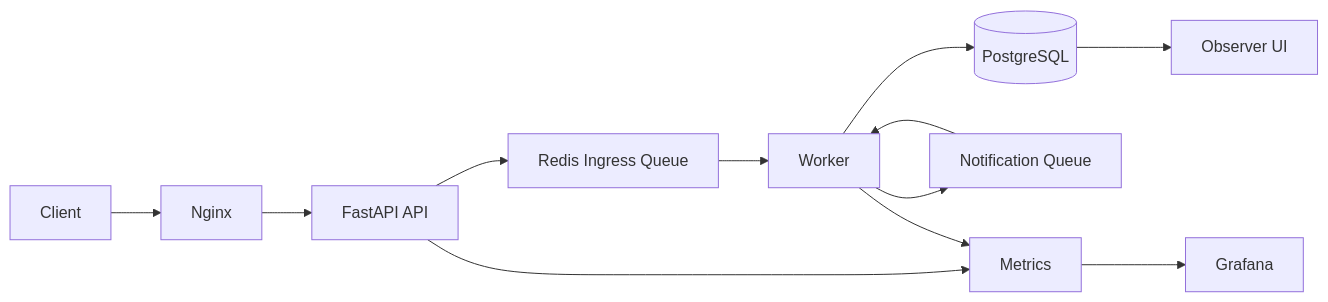
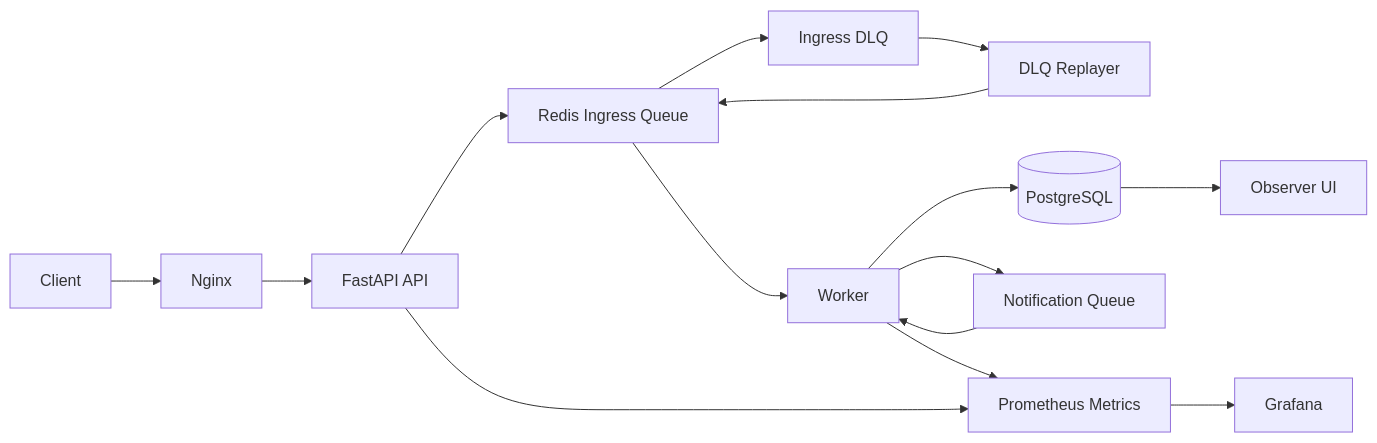
Before and after one commit to Jangwanko/Cloud_portfolio: the first of 3 diagrams in README.md, drawn with Mermaid. The commit also changed other lines of this file and 22 other files, not shown here.

````diff
--- a/README.md
+++ b/README.md
@@ -23,14 +14,17 @@
 ```mermaid
 flowchart LR
     C[Client] --> N[Nginx]
     N --> A[FastAPI API]
     A --> RQ[Redis Ingress Queue]
     RQ --> W[Worker]
+    RQ --> DLQ[Ingress DLQ]
+    DLQ --> DR[DLQ Replayer]
+    DR --> RQ
     W --> DB[(PostgreSQL)]
     W --> NQ[Notification Queue]
     NQ --> W
-    A --> M[Metrics]
-    W --> M
     DB --> O[Observer UI]
+    W --> M[Prometheus Metrics]
+    A --> M
     M --> G[Grafana]
 ```
````
